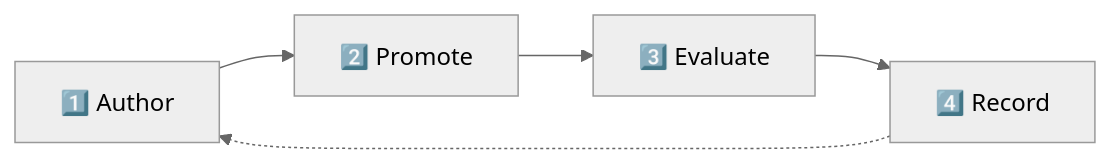
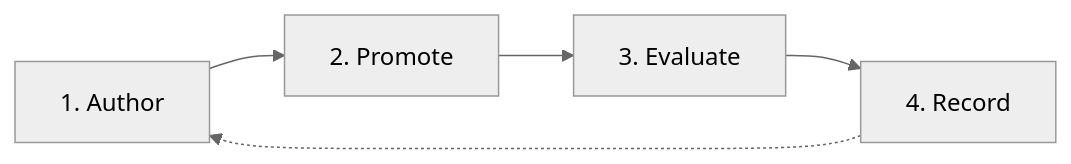
The first of 3 diagrams in docs/mlops-pipeline.md (georgeollis/content-understanding-mlops), drawn with Mermaid (neutral theme) before and after one commit. The commit also changed other lines of this file and 3 other files, not shown here.

````diff
--- a/docs/mlops-pipeline.md
+++ b/docs/mlops-pipeline.md
@@ -24,7 +24,7 @@
 ```mermaid
 graph LR
-    A["1️⃣ Author"] --> B["2️⃣ Promote"]
-    B --> C["3️⃣ Evaluate"]
-    C --> D["4️⃣ Record"]
+    A["1. Author"] --> B["2. Promote"]
+    B --> C["3. Evaluate"]
+    C --> D["4. Record"]
     D -.-> A
 ```
````
